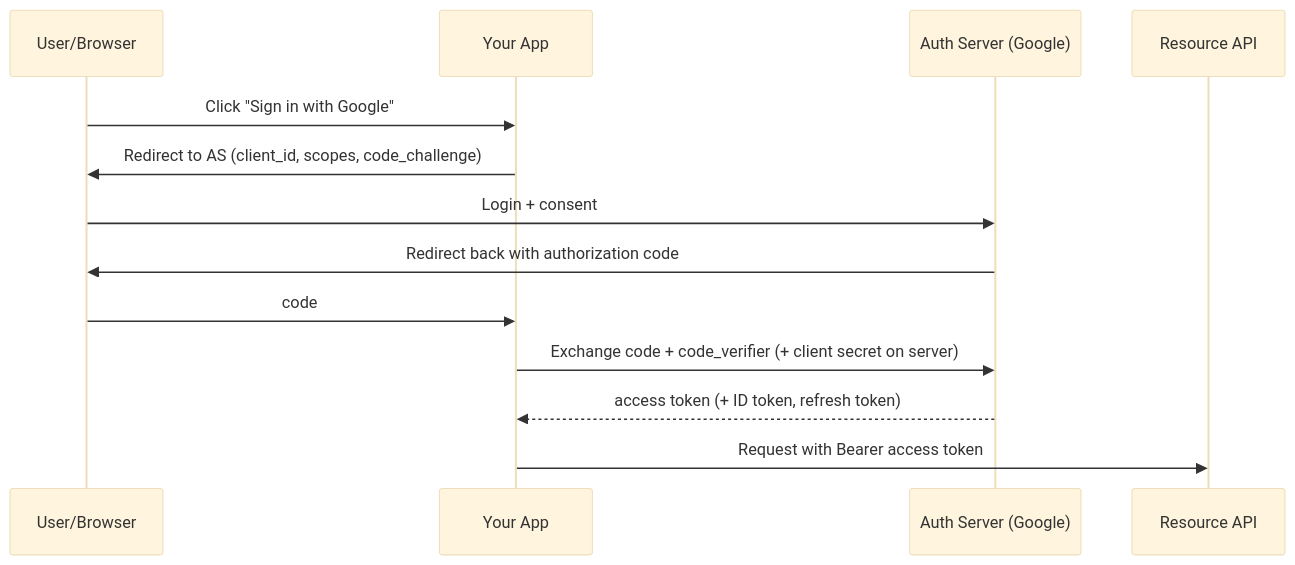
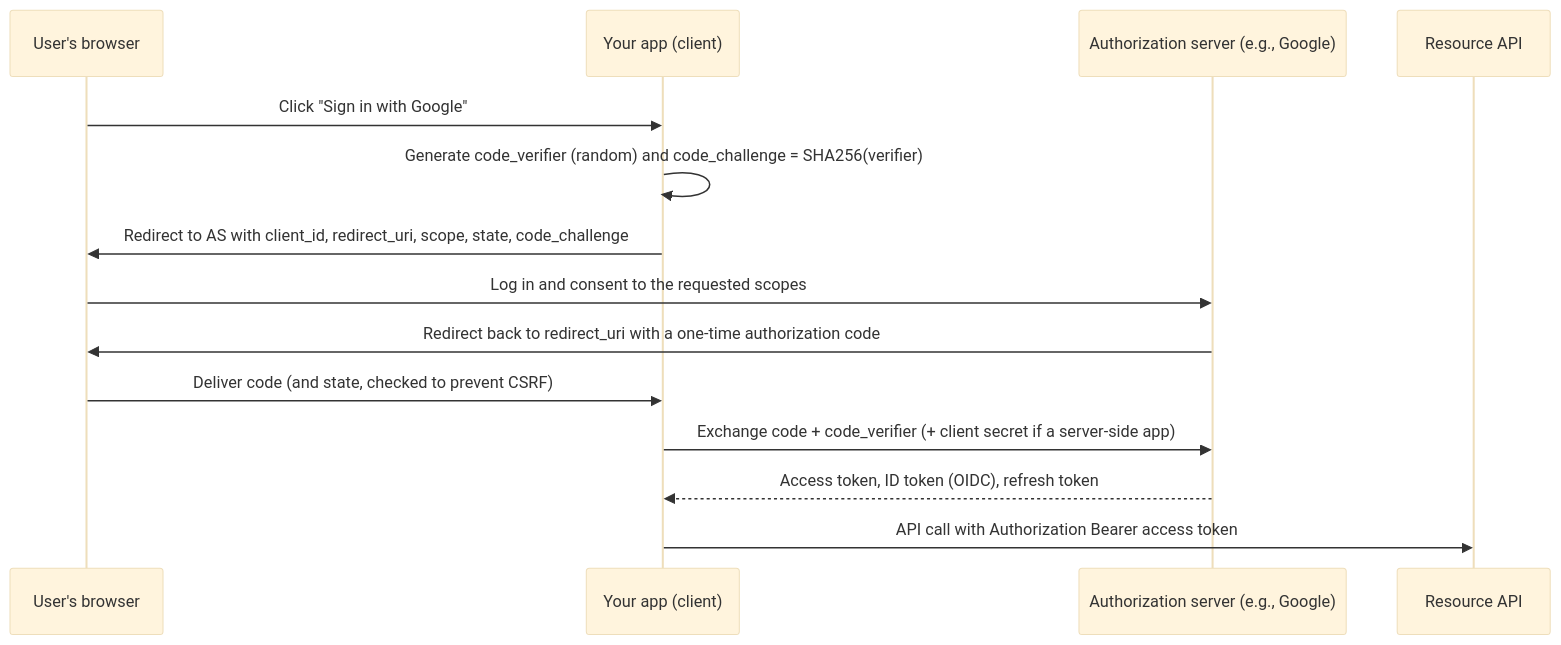
The diagram in design/3 System Design/Security Fundamentals.md (hshtgbrendo/software-dev-prep), drawn with Mermaid (base theme) before and after one commit. The commit also changed other lines of this file and 28 other files, not shown here.

````diff
--- a/design/3 System Design/Security Fundamentals.md
+++ b/design/3 System Design/Security Fundamentals.md
@@ -58,15 +147,16 @@
 ```mermaid
 sequenceDiagram
-  participant U as User/Browser
-  participant App as Your App
-  participant AS as Auth Server (Google)
+  participant U as User's browser
+  participant App as Your app (client)
+  participant AS as Authorization server (e.g., Google)
   participant API as Resource API
   U->>App: Click "Sign in with Google"
-  App->>U: Redirect to AS (client_id, scopes, code_challenge)
-  U->>AS: Login + consent
-  AS->>U: Redirect back with authorization code
-  U->>App: code
-  App->>AS: Exchange code + code_verifier (+ client secret on server)
-  AS-->>App: access token (+ ID token, refresh token)
-  App->>API: Request with Bearer access token
+  App->>App: Generate code_verifier (random) and code_challenge = SHA256(verifier)
+  App->>U: Redirect to AS with client_id, redirect_uri, scope, state, code_challenge
+  U->>AS: Log in and consent to the requested scopes
+  AS->>U: Redirect back to redirect_uri with a one-time authorization code
+  U->>App: Deliver code (and state, checked to prevent CSRF)
+  App->>AS: Exchange code + code_verifier (+ client secret if a server-side app)
+  AS-->>App: Access token, ID token (OIDC), refresh token
+  App->>API: API call with Authorization Bearer access token
 ```
````
